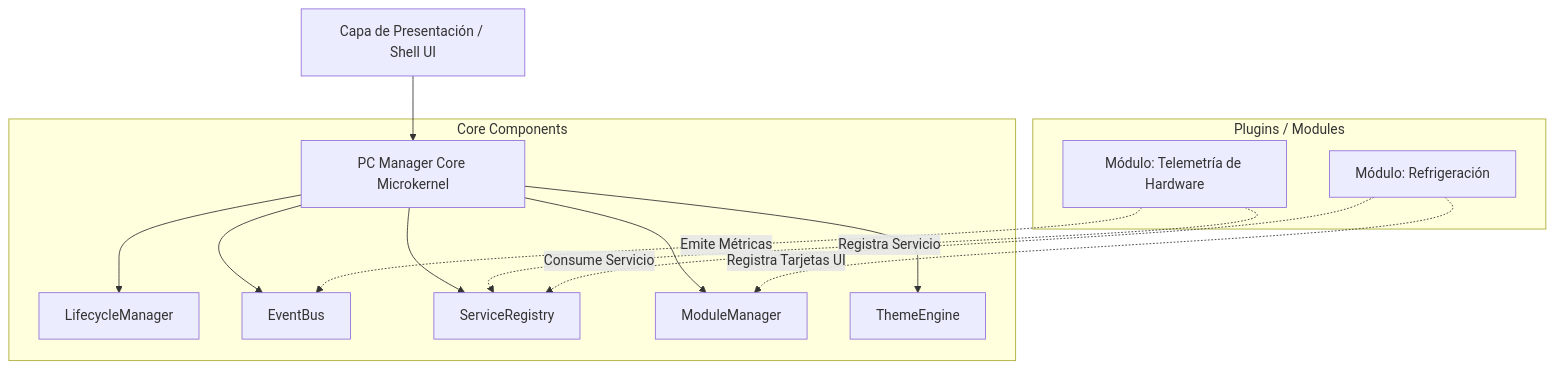
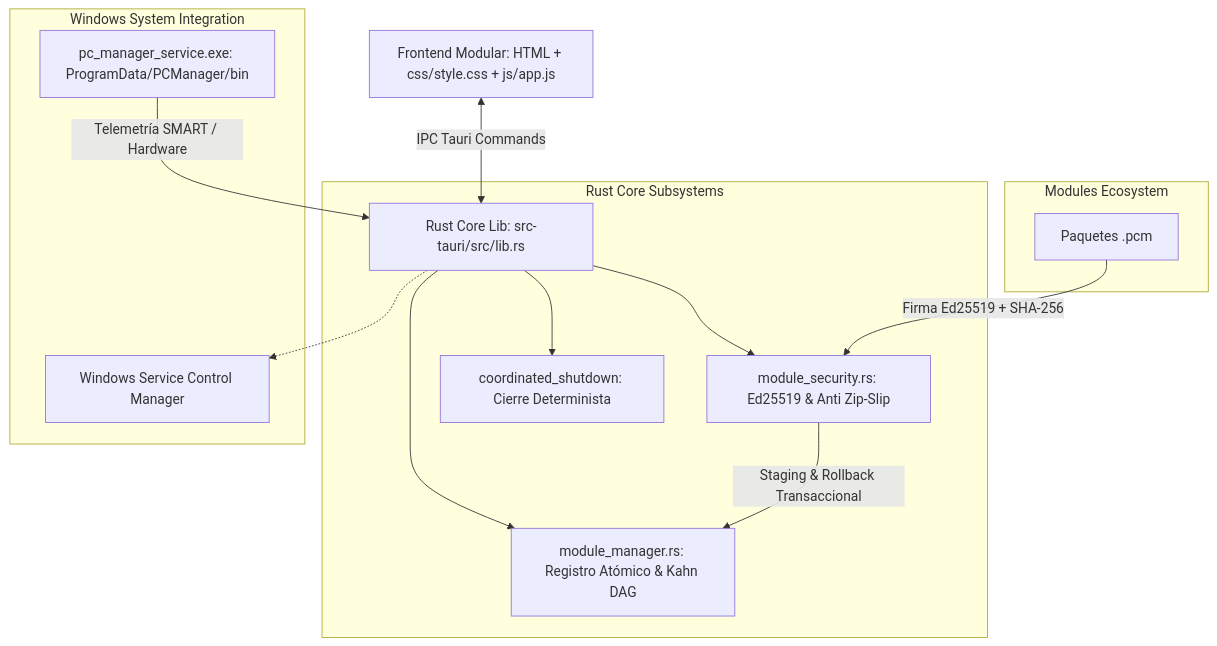
Before and after one commit to agusavila/pc_manager: the first of 2 diagrams in docs/developer/core_developer_guide.md, drawn with Mermaid. The commit also changed other lines of this file and 2 other files, not shown here.

````diff
--- a/docs/developer/core_developer_guide.md
+++ b/docs/developer/core_developer_guide.md
@@ -11,19 +11,20 @@
 ```mermaid
 graph TD
-    UI[Capa de Presentación / Shell UI] --> Core[PC Manager Core Microkernel]
+    UI[Frontend Modular: HTML + css/style.css + js/app.js] <-->|IPC Tauri Commands| Core[Rust Core Lib: src-tauri/src/lib.rs]
     
-    subgraph Core Components
-        Core --> LM[LifecycleManager]
-        Core --> EB[EventBus]
-        Core --> SR[ServiceRegistry]
-        Core --> MM[ModuleManager]
-        Core --> TE[ThemeEngine]
+    subgraph Rust Core Subsystems
+        Core --> MM[module_manager.rs: Registro Atómico & Kahn DAG]
+        Core --> MS[module_security.rs: Ed25519 & Anti Zip-Slip]
+        Core --> SD[coordinated_shutdown: Cierre Determinista]
     end
 
-    subgraph Plugins / Modules
-        M1[Módulo: Telemetría de Hardware] -.->|Registra Servicio| SR
-        M1 -.->|Emite Métricas| EB
-        M2[Módulo: Refrigeración] -.->|Consume Servicio| SR
-        M2 -.->|Registra Tarjetas UI| MM
+    subgraph Windows System Integration
+        Core -.-> SCM[Windows Service Control Manager]
+        SVC[pc_manager_service.exe: ProgramData/PCManager/bin] -->|Telemetría SMART / Hardware| Core
+    end
+
+    subgraph Modules Ecosystem
+        PCM[Paquetes .pcm] -->|Firma Ed25519 + SHA-256| MS
+        MS -->|Staging & Rollback Transaccional| MM
     end
 ```
````
